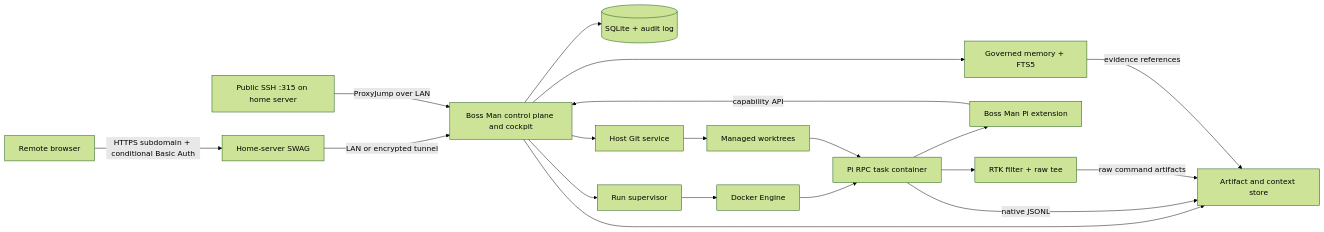
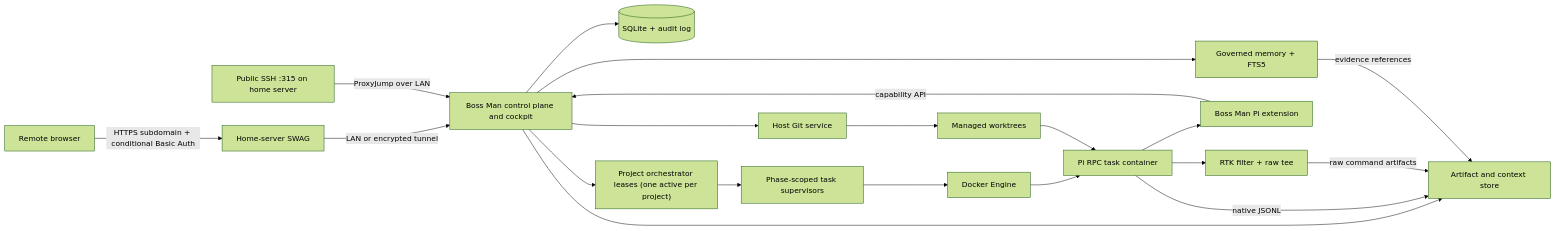
One commit to weblue/pink-guy changed the first of 3 diagrams in specs/boss-man-v2/TECH.md. Above: the diagram before and after it, drawn with Mermaid (forest theme). The commit also changed other lines of this file and 25 other files, not shown here.

````diff
--- a/specs/boss-man-v2/TECH.md
+++ b/specs/boss-man-v2/TECH.md
@@ -39,21 +39,22 @@
 ```mermaid
 flowchart LR
     U["Remote browser"] -->|"HTTPS subdomain + conditional Basic Auth"| SWAG["Home-server SWAG"]
     SWAG -->|"LAN or encrypted tunnel"| API["Boss Man control plane and cockpit"]
     API --> DB[("SQLite + audit log")]
-    API --> SUP["Run supervisor"]
+    API --> ORCH["Project orchestrator leases (one active per project)"]
+    ORCH --> SUP["Phase-scoped task supervisors"]
     API --> GIT["Host Git service"]
     API --> ART["Artifact and context store"]
     API --> MEM["Governed memory + FTS5"]
     SUP --> D["Docker Engine"]
     D --> C1["Pi RPC task container"]
     C1 --> EXT["Boss Man Pi extension"]
     C1 --> RTK["RTK filter + raw tee"]
     EXT -->|"capability API"| API
     C1 -->|"native JSONL"| ART
     RTK -->|"raw command artifacts"| ART
     MEM -->|"evidence references"| ART
     GIT --> WT["Managed worktrees"]
     WT --> C1
     SSH["Public SSH :315 on home server"] -->|"ProxyJump over LAN"| API
 ```
````
